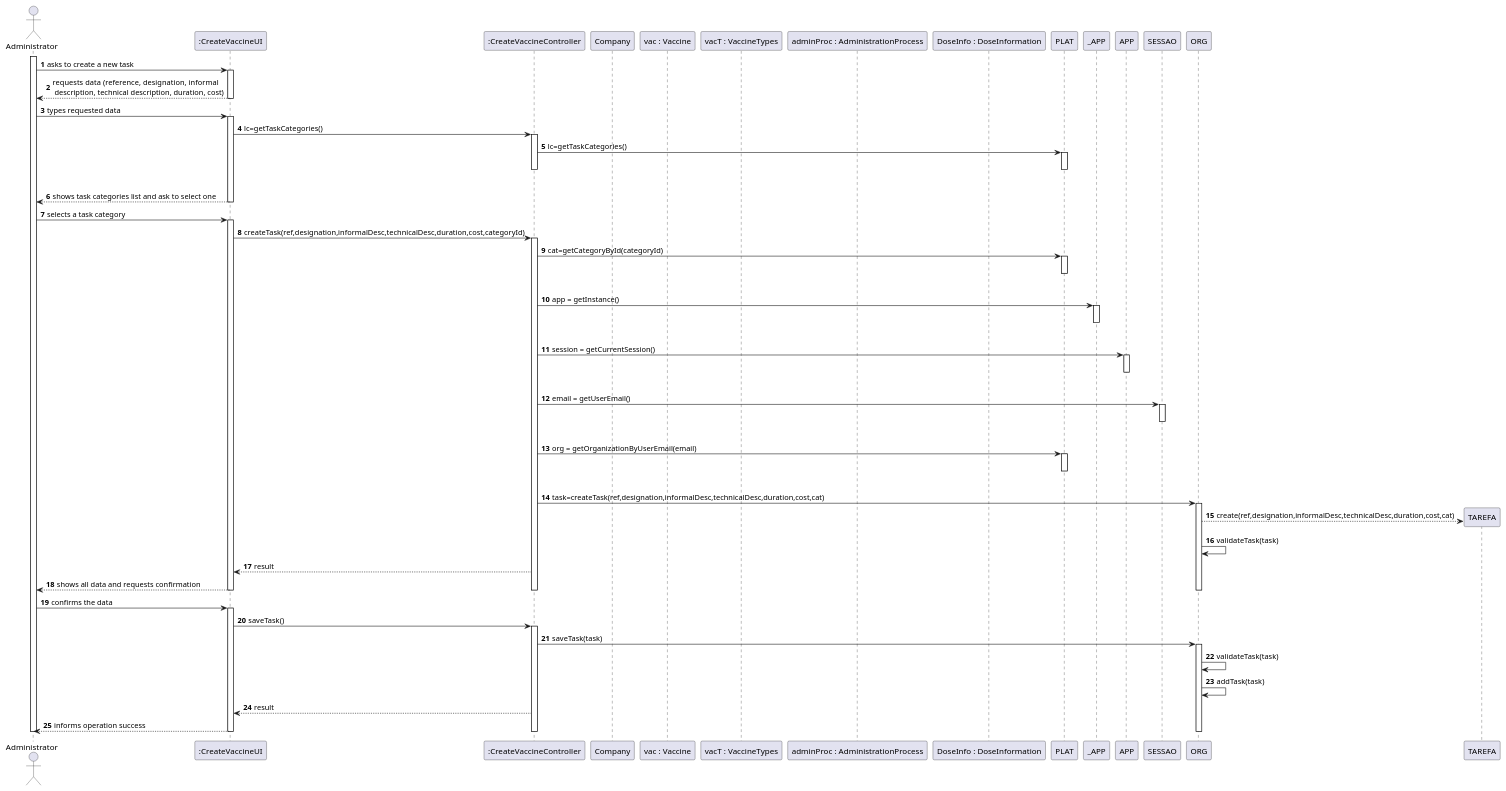
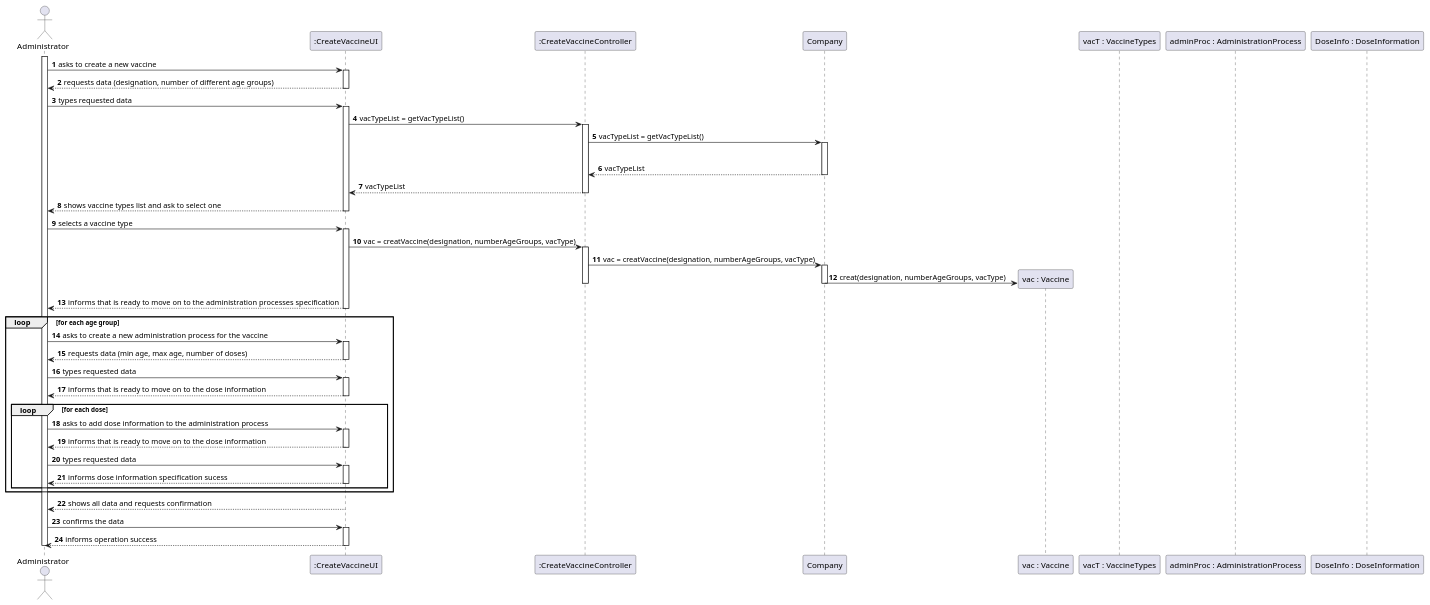
One commit to miseEnPlace-i/lapr2 changed the diagram in docs/SprintB/US13/SD/US13_SD.puml. Above: the diagram before and after it, drawn with PlantUML.

Commit message:
docs(US13): started SD

```diff
--- a/docs/SprintB/US13/SD/US13_SD.puml
+++ b/docs/SprintB/US13/SD/US13_SD.puml
@@ -1,101 +1,91 @@
 @startuml
 autonumber
 'hide footbox
 actor "Administrator" as ADM
 
 participant ":CreateVaccineUI" as UI
 participant ":CreateVaccineController" as CTRL
 participant "Company" as COMP
 participant "vac : Vaccine" as VAC
 participant "vacT : VaccineTypes" as VACT
 participant "adminProc : AdministrationProcess" as AP
 participant "DoseInfo : DoseInformation" as DI
 
 activate ADM
-ADM -> UI : asks to create a new task
+
+ADM -> UI : asks to create a new vaccine
 activate UI
-UI --> ADM : requests data (reference, designation,  informal \n description, technical description, duration, cost)
+UI --> ADM :  requests data (designation, number of different age groups)
 deactivate UI
 
 ADM -> UI : types requested data
 activate UI
+    UI -> CTRL : vacTypeList = getVacTypeList()
+    activate CTRL
 
-UI -> CTRL : lc=getTaskCategories()
-activate CTRL
-
-CTRL -> PLAT : lc=getTaskCategories()
-activate PLAT
-|||
-deactivate PLAT
-deactivate CTRL
-
-UI --> ADM : shows task categories list and ask to select one
-deactivate PLAT
+        CTRL -> COMP : vacTypeList = getVacTypeList()
+        activate COMP 
+        |||
+        COMP --> CTRL : vacTypeList
+        deactivate COMP
+        CTRL --> UI : vacTypeList
+    deactivate CTRL
+UI --> ADM : shows vaccine types list and ask to select one
 deactivate UI
 
-ADM -> UI : selects a task category
+ADM -> UI : selects a vaccine type
 activate UI
+    UI -> CTRL : vac = creatVaccine(designation, numberAgeGroups, vacType)
+    activate CTRL
 
-UI -> CTRL : createTask(ref,designation,informalDesc,technicalDesc,duration,cost,categoryId)
-activate CTRL
+        CTRL -> COMP : vac = creatVaccine(designation, numberAgeGroups, vacType)
+        activate COMP 
 
-CTRL -> PLAT : cat=getCategoryById(categoryId)
-activate PLAT
-|||
-deactivate PLAT
+            COMP -> VAC ** : creat(designation, numberAgeGroups, vacType)
 
-CTRL -> _APP: app = getInstance()
-activate _APP
-|||
-deactivate _APP
+        deactivate COMP
 
-CTRL -> APP: session = getCurrentSession()
-activate APP
-|||
-deactivate APP
+    deactivate CTRL
+UI --> ADM : informs that is ready to move on to the administration processes specification
+deactivate UI
 
-CTRL -> SESSAO: email = getUserEmail()
-activate SESSAO
-|||
-deactivate SESSAO
 
-CTRL -> PLAT: org = getOrganizationByUserEmail(email)
-activate PLAT
-|||
-deactivate PLAT
+loop for each age group
 
-CTRL -> ORG: task=createTask(ref,designation,informalDesc,technicalDesc,duration,cost,cat)
-activate ORG
+    ADM -> UI : asks to create a new administration process for the vaccine
+    activate UI
+    UI --> ADM : requests data (min age, max age, number of doses)
+    deactivate UI
 
-ORG --> TAREFA**: create(ref,designation,informalDesc,technicalDesc,duration,cost,cat)
-ORG -> ORG: validateTask(task)
+    ADM -> UI : types requested data
+    activate UI
+    UI --> ADM : informs that is ready to move on to the dose information
+    deactivate UI
 
-CTRL --> UI: result
+    loop for each dose
 
-UI --> ADM: shows all data and requests confirmation
-deactivate ORG
-deactivate PLAT
-deactivate CTRL
+        ADM -> UI : asks to add dose information to the administration process
+        activate UI
+        UI --> ADM : informs that is ready to move on to the dose information
+        deactivate UI
+        
+        ADM -> UI : types requested data
+        activate UI
+        UI --> ADM : informs dose information specification sucess
+        deactivate UI
+        
+    end
+
+end
+
+UI --> ADM : shows all data and requests confirmation
 deactivate UI
 
 ADM -> UI : confirms the data
 activate UI
-UI -> CTRL : saveTask()
-activate CTRL
-
-CTRL -> ORG : saveTask(task)
-activate ORG
-
-ORG -> ORG: validateTask(task)
-ORG -> ORG: addTask(task)
-
-CTRL --> UI: result
-
 UI --> ADM : informs operation success
-deactivate ORG
-deactivate CTRL
 deactivate UI
 
 deactivate ADM
 
 @enduml
```
